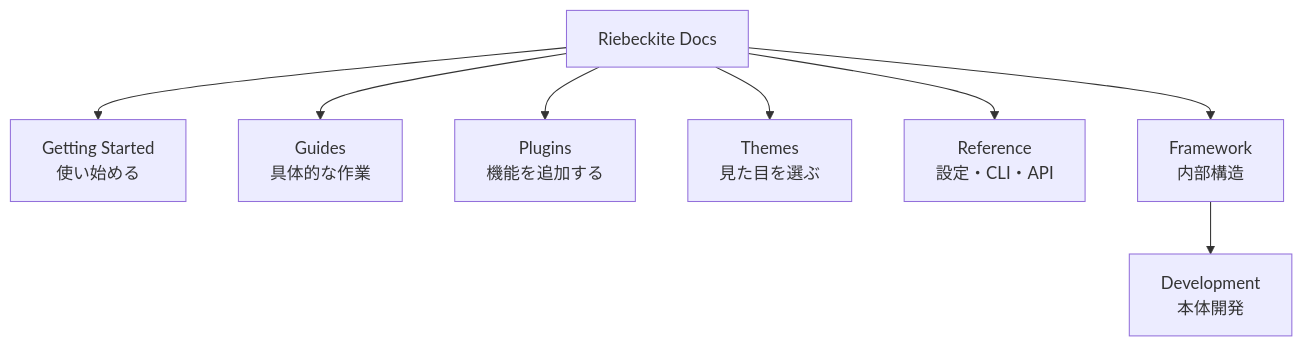
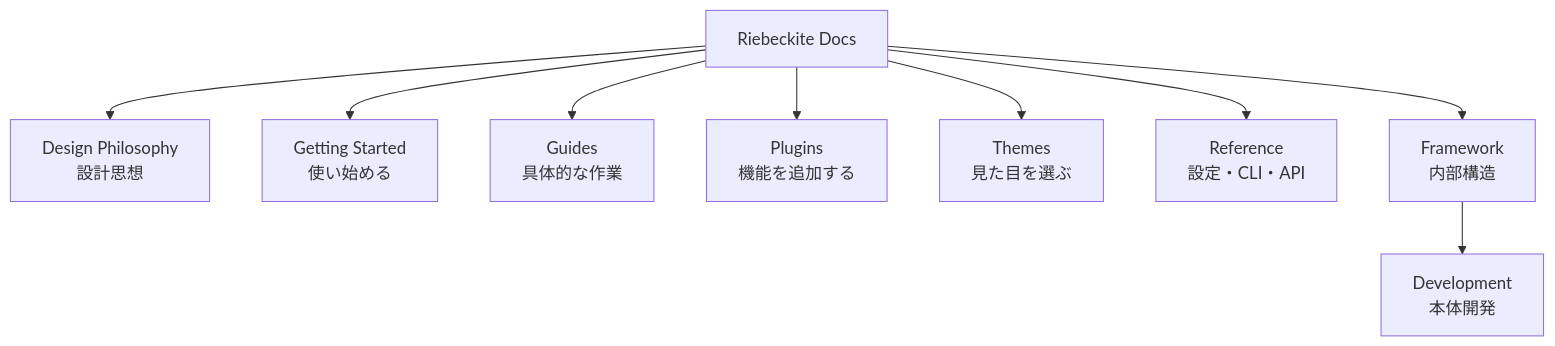
Before and after one commit to Rerurate514/riebeckite: the second of 4 diagrams in docs/README.ja.md, drawn with Mermaid. The commit also changed other lines of this file and 102 other files, not shown here.

````diff
--- a/docs/README.ja.md
+++ b/docs/README.ja.md
@@ -104,13 +105,14 @@
 ```mermaid id="kg88s5"
 flowchart TD
     Docs["Riebeckite Docs"]
 
+    Docs --> Philosophy["Design Philosophy<br/>設計思想"]
     Docs --> Getting["Getting Started<br/>使い始める"]
     Docs --> Guides["Guides<br/>具体的な作業"]
     Docs --> Plugins["Plugins<br/>機能を追加する"]
     Docs --> Themes["Themes<br/>見た目を選ぶ"]
     Docs --> Reference["Reference<br/>設定・CLI・API"]
     Docs --> Framework["Framework<br/>内部構造"]
 
     Framework --> Development["Development<br/>本体開発"]
 ```
````
